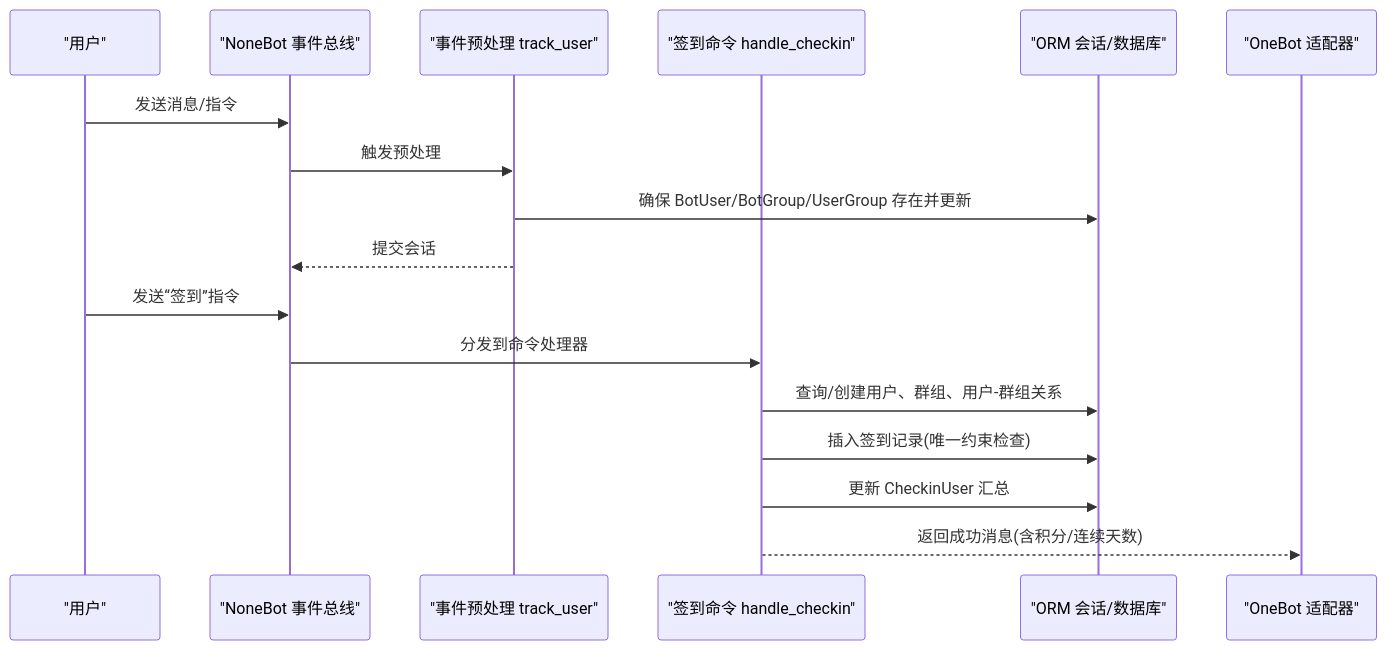
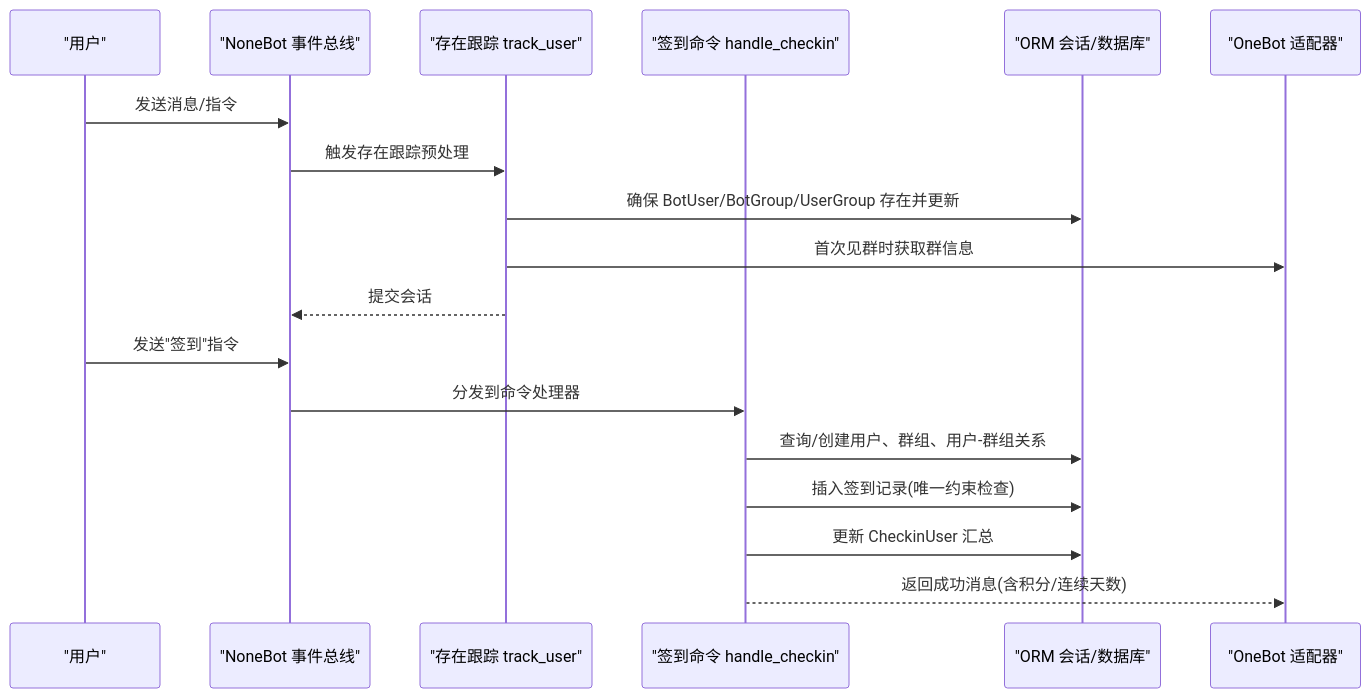
Before and after one commit to Wohaokunr/yawn_bot: the second of 7 diagrams in .qoder/repowiki/zh/content/架构设计/组件交互模式.md, drawn with Mermaid. The commit also changed other lines of this file and 13 other files, not shown here.

````diff
--- a/.qoder/repowiki/zh/content/架构设计/组件交互模式.md
+++ b/.qoder/repowiki/zh/content/架构设计/组件交互模式.md
@@ -101,19 +115,20 @@
 ```mermaid
 sequenceDiagram
 participant U as "用户"
 participant NB as "NoneBot 事件总线"
-participant PP as "事件预处理 track_user"
+participant PT as "存在跟踪 track_user"
 participant CK as "签到命令 handle_checkin"
 participant DB as "ORM 会话/数据库"
 participant AD as "OneBot 适配器"
 U->>NB : 发送消息/指令
-NB->>PP : 触发预处理
-PP->>DB : 确保 BotUser/BotGroup/UserGroup 存在并更新
-PP-->>NB : 提交会话
-U->>NB : 发送“签到”指令
+NB->>PT : 触发存在跟踪预处理
+PT->>DB : 确保 BotUser/BotGroup/UserGroup 存在并更新
+PT->>AD : 首次见群时获取群信息
+PT-->>NB : 提交会话
+U->>NB : 发送"签到"指令
 NB->>CK : 分发到命令处理器
 CK->>DB : 查询/创建用户、群组、用户-群组关系
 CK->>DB : 插入签到记录(唯一约束检查)
 CK->>DB : 更新 CheckinUser 汇总
 CK-->>AD : 返回成功消息(含积分/连续天数)
 ```
````
